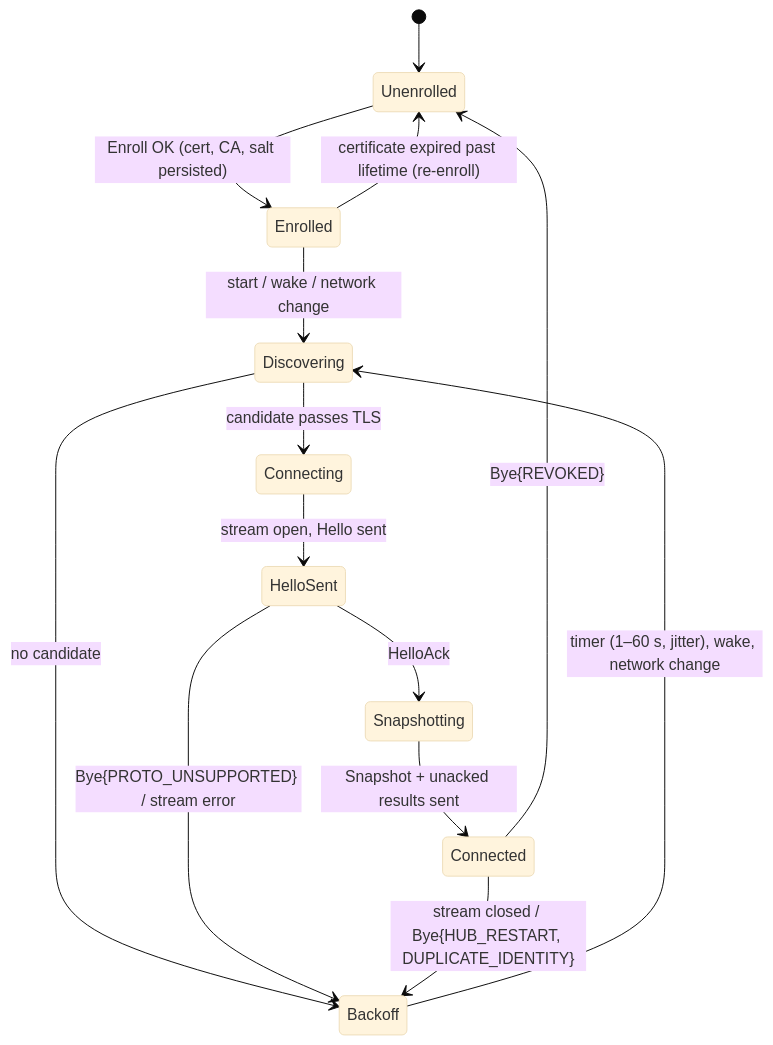
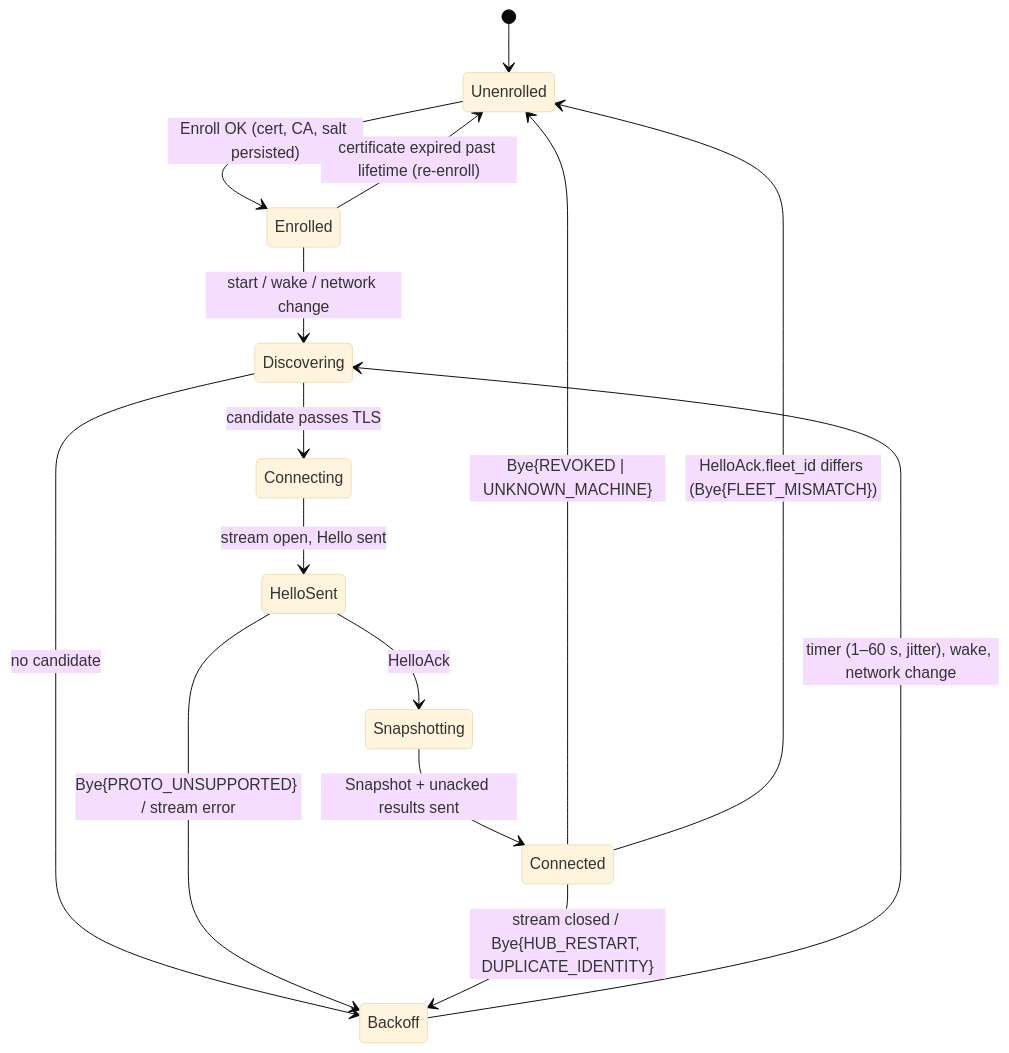
The second of 4 diagrams in docs/specs/03-workflows.md (linuxdynasty/fleet-board), drawn with Mermaid (base theme) before and after one commit. The commit also changed other lines of this file and 100 other files, not shown here.

First line of the commit message:
feat(api): contract review fixes, ADR 0019 and flow diagrams (#22)

````diff
--- a/docs/specs/03-workflows.md
+++ b/docs/specs/03-workflows.md
@@ -137,16 +161,17 @@
 ```mermaid
 stateDiagram-v2
   [*] --> Unenrolled
   Unenrolled --> Enrolled: Enroll OK (cert, CA, salt persisted)
   Enrolled --> Discovering: start / wake / network change
   Discovering --> Connecting: candidate passes TLS
   Discovering --> Backoff: no candidate
   Connecting --> HelloSent: stream open, Hello sent
   HelloSent --> Snapshotting: HelloAck
   HelloSent --> Backoff: Bye{PROTO_UNSUPPORTED} / stream error
   Snapshotting --> Connected: Snapshot + unacked results sent
   Connected --> Backoff: stream closed / Bye{HUB_RESTART, DUPLICATE_IDENTITY}
-  Connected --> Unenrolled: Bye{REVOKED}
+  Connected --> Unenrolled: Bye{REVOKED | UNKNOWN_MACHINE}
+  Connected --> Unenrolled: HelloAck.fleet_id differs (Bye{FLEET_MISMATCH})
   Backoff --> Discovering: timer (1–60 s, jitter), wake, network change
   Enrolled --> Unenrolled: certificate expired past lifetime (re-enroll)
 ```
````
